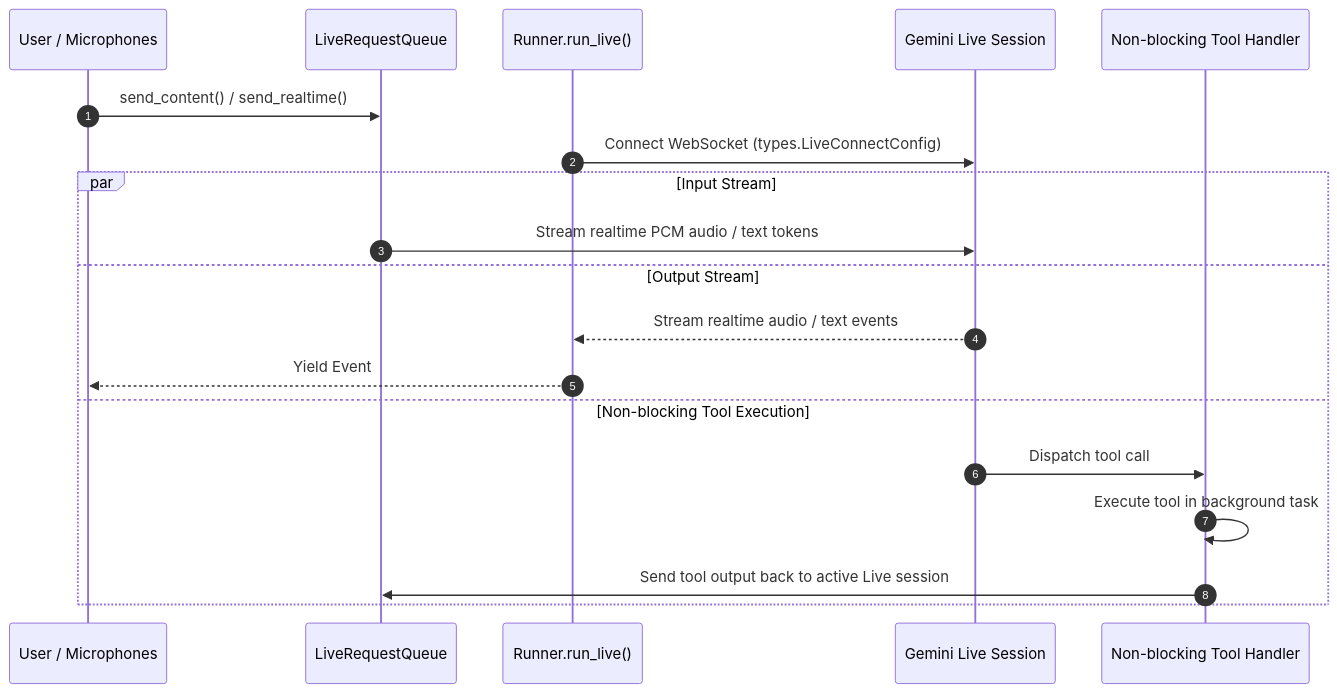
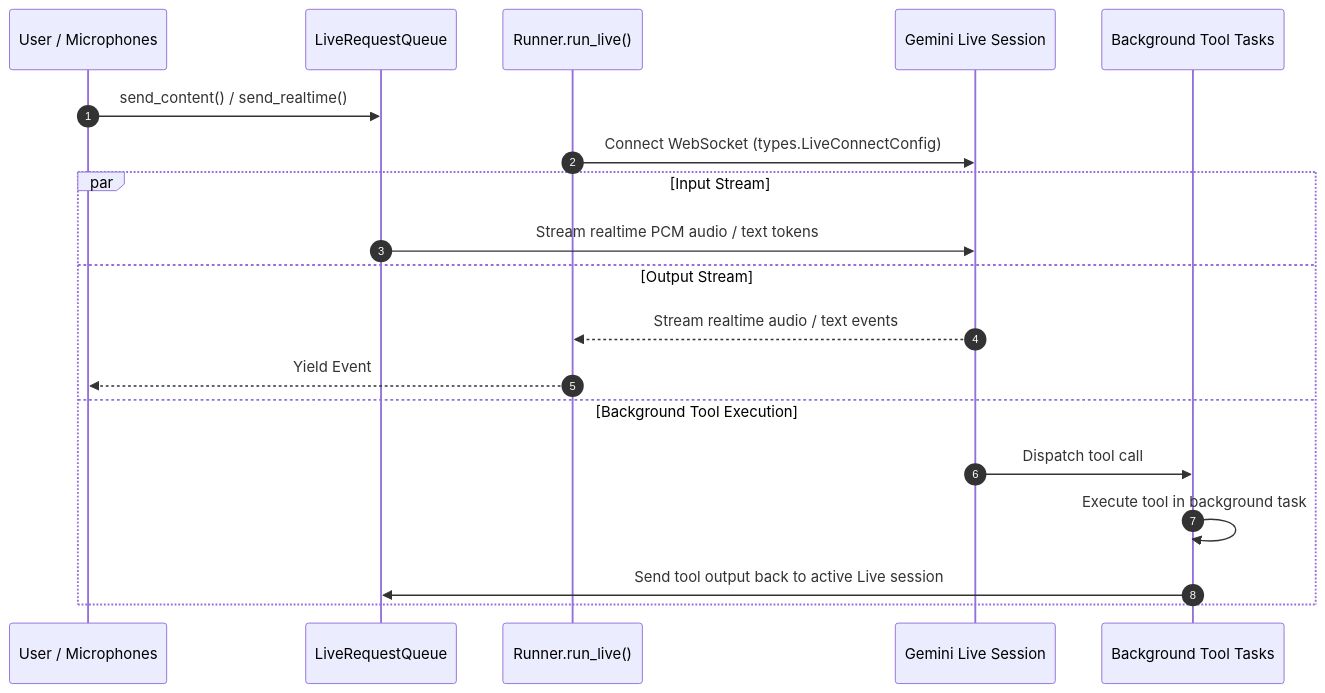
The diagram in docs/guides/runners/runner/live.md (google/adk-python), drawn with Mermaid before and after one commit. The commit also changed other lines of this file and 23 other files, not shown here.

````diff
--- a/docs/guides/runners/runner/live.md
+++ b/docs/guides/runners/runner/live.md
@@ -68,22 +68,22 @@
 ```mermaid
 sequenceDiagram
     autonumber
     participant Client as User / Microphones
     participant Queue as LiveRequestQueue
     participant Runner as Runner.run_live()
     participant Session as Gemini Live Session
-    participant Tools as Non-blocking Tool Handler
+    participant Tools as Background Tool Tasks
 
     Client->>Queue: send_content() / send_realtime()
     Runner->>Session: Connect WebSocket (types.LiveConnectConfig)
     par Input Stream
         Queue->>Session: Stream realtime PCM audio / text tokens
     and Output Stream
         Session-->>Runner: Stream realtime audio / text events
         Runner-->>Client: Yield Event
-    and Non-blocking Tool Execution
+    and Background Tool Execution
         Session->>Tools: Dispatch tool call
         Tools->>Tools: Execute tool in background task
         Tools->>Queue: Send tool output back to active Live session
     end
 ```
````
